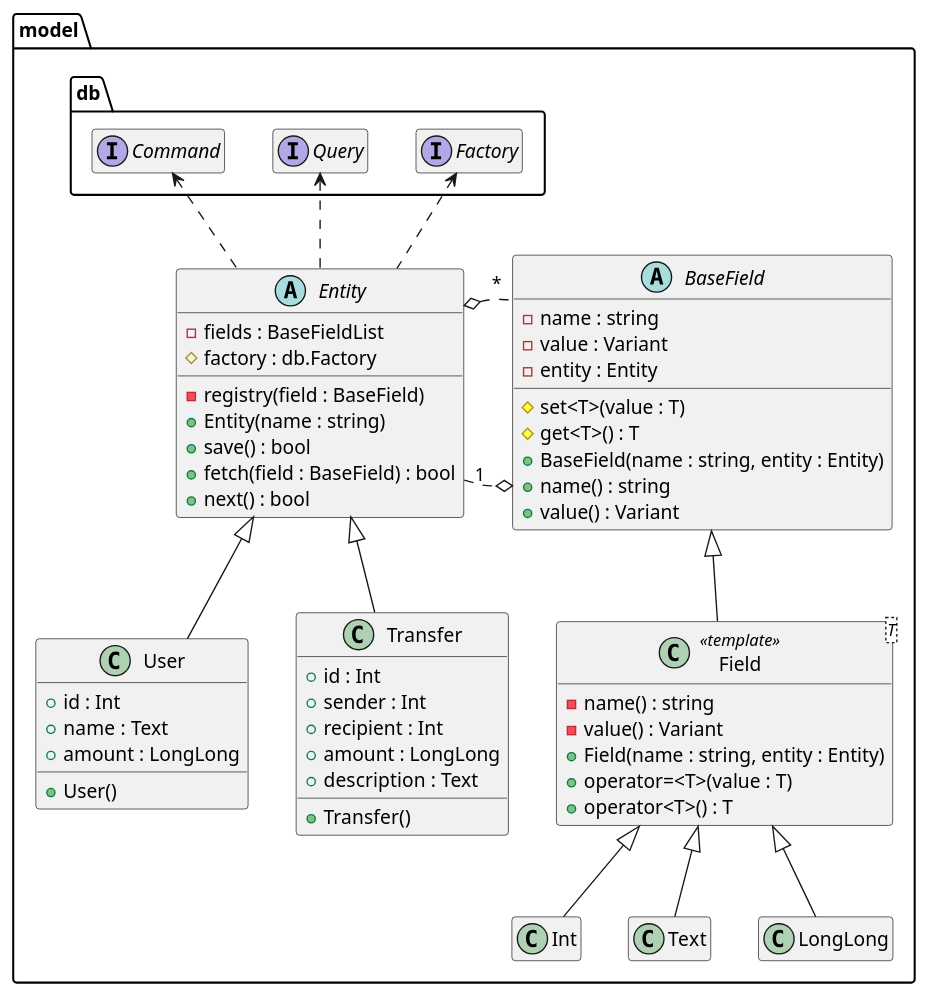
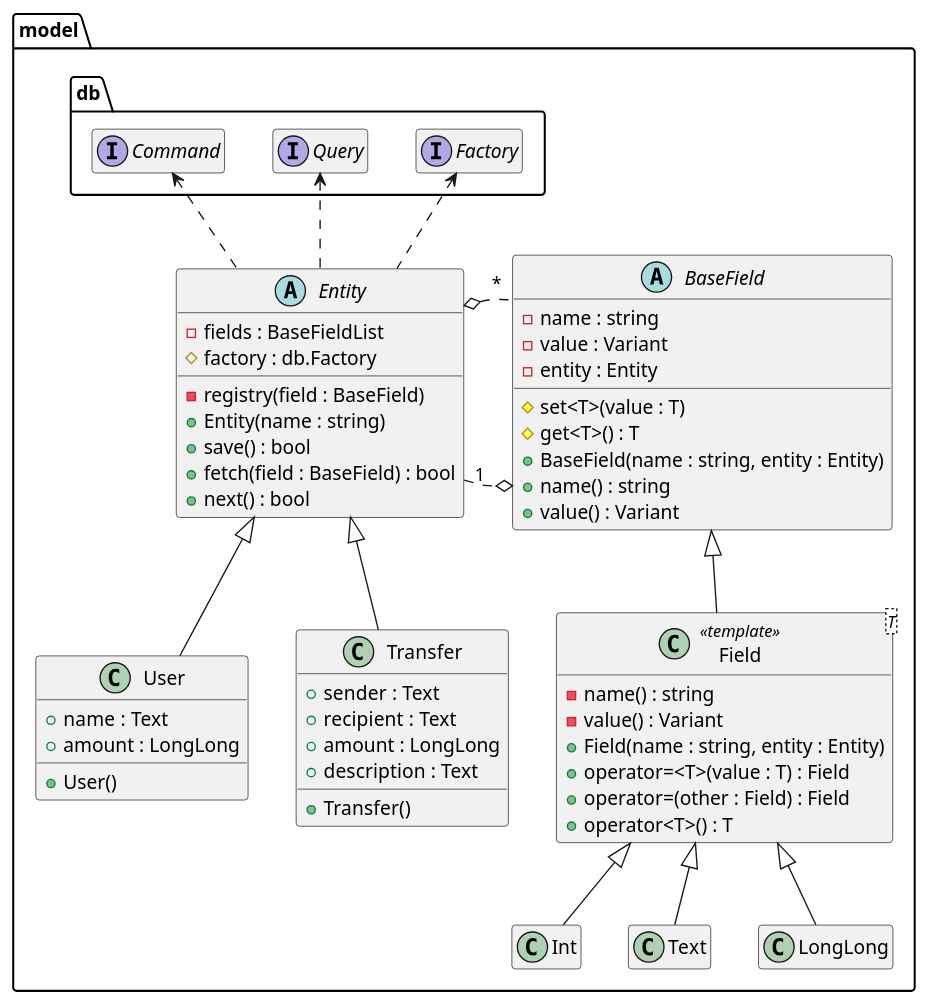
Before and after one commit to bonewell/moneybox: the diagram in uml/model-class.puml, drawn with PlantUML. The commit also changed 9 other files, not shown here.

```diff
--- a/uml/model-class.puml
+++ b/uml/model-class.puml
@@ -1,62 +1,61 @@
 @startuml
 hide empty members
 namespace model {
     namespace db {
         interface Factory
         interface Query
         interface Command
     }
     abstract class Entity {
         - fields : BaseFieldList
         # factory : db.Factory
         - registry(field : BaseField)
         + Entity(name : string)
         + save() : bool
         + fetch(field : BaseField) : bool
         + next() : bool
     }
     abstract class BaseField {
         - name : string
         - value : Variant
         - entity : Entity
         # set<T>(value : T)
         # get<T>() : T
         + BaseField(name : string, entity : Entity)
         + name() : string
         + value() : Variant
     }
     class Field<T> << template>> {
         - name() : string
         - value() : Variant
         + Field(name : string, entity : Entity)
-        + operator=<T>(value : T)
+        + operator=<T>(value : T) : Field
+        + operator=(other : Field) : Field
         + operator<T>() : T
     }
     class User {
         + User()
-        + id : Int
         + name : Text
         + amount : LongLong
     }
     class Transfer {
         + Transfer()
-        + id : Int
-        + sender : Int
-        + recipient : Int
+        + sender : Text
+        + recipient : Text
         + amount : LongLong
         + description : Text
     }
 
     BaseField <|-- Field
     Field <|-- Int
     Field <|-- Text
     Field <|-- LongLong
     model.db.Factory <.. Entity
     model.db.Query <.. Entity
     model.db.Command <.. Entity
     Entity "1" .o BaseField
     Entity o. "*" BaseField
     Entity <|-- User
     Entity <|-- Transfer
 }
 @enduml
```
